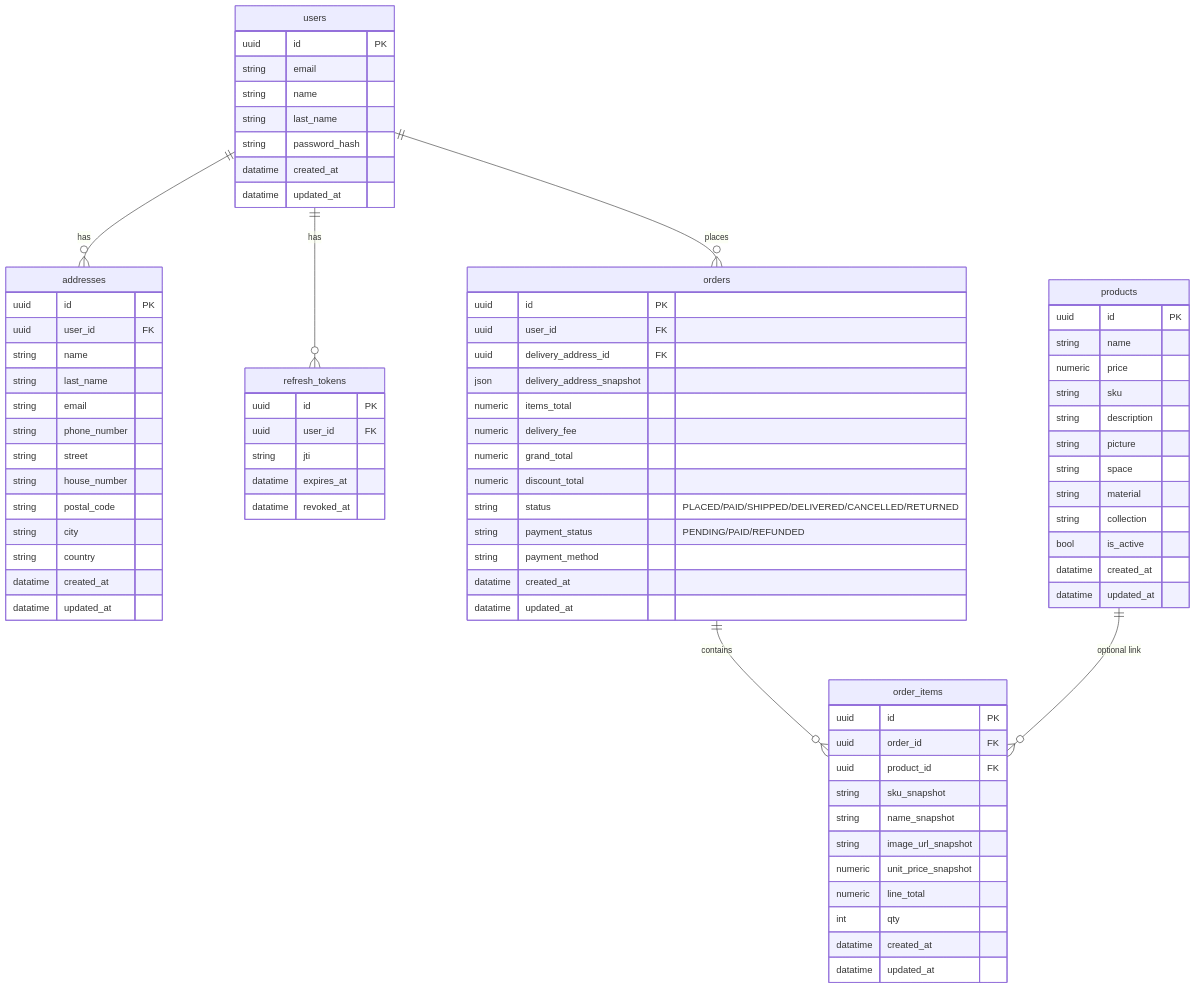
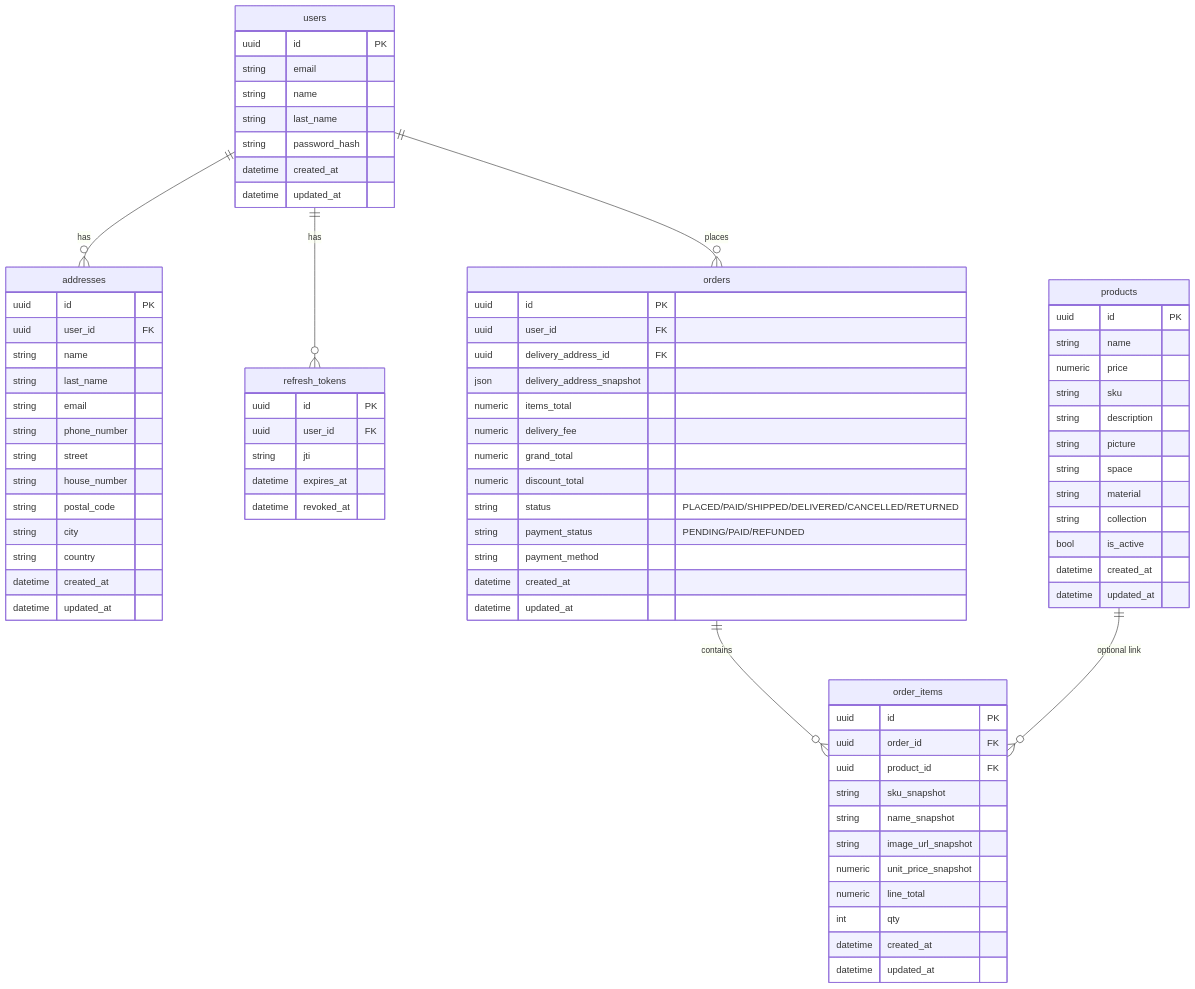
Before and after one commit to DominikSerwatka/Furniture-shop-backend: the diagram in docs/erd.mmd, drawn with Mermaid. The commit also changed 6 other files, not shown here.

```diff
--- a/docs/erd.mmd
+++ b/docs/erd.mmd
@@ -1,85 +1,85 @@
 erDiagram
   users ||--o{ addresses : has
   users ||--o{ refresh_tokens : has
   orders ||--o{ order_items : contains
   users ||--o{ orders : places
   products ||--o{ order_items : "optional link"
 
   users {
     uuid id PK
     string email
     string name
     string last_name
     string password_hash
-    datatime created_at
-    datatime updated_at
+    datetime created_at
+    datetime updated_at
   }
 
   addresses {
     uuid id PK
     uuid user_id FK
     string name
     string last_name
     string email
     string phone_number
     string street
     string house_number
     string postal_code
     string city
     string country
-    datatime created_at
-    datatime updated_at
+    datetime created_at
+    datetime updated_at
   }
 
   products {
     uuid id PK
     string name
     numeric price
     string sku
     string description
     string picture
     string space
     string material
     string collection
     bool is_active
-    datatime created_at
-    datatime updated_at
+    datetime created_at
+    datetime updated_at
   }
 
   refresh_tokens {
       uuid id PK
       uuid user_id FK
       string jti
-      datatime expires_at
-      datatime revoked_at
+      datetime expires_at
+      datetime revoked_at
   }
 
   orders {
       uuid id PK
       uuid user_id FK
       uuid delivery_address_id FK
       json delivery_address_snapshot
       numeric items_total
       numeric delivery_fee
       numeric grand_total
       numeric discount_total
       string status "PLACED/PAID/SHIPPED/DELIVERED/CANCELLED/RETURNED"
       string payment_status "PENDING/PAID/REFUNDED"
       string payment_method
-      datatime created_at
-      datatime updated_at
+      datetime created_at
+      datetime updated_at
   }
 
   order_items {
       uuid id PK
       uuid order_id FK
       uuid product_id FK
       string sku_snapshot
       string name_snapshot
       string image_url_snapshot
       numeric unit_price_snapshot
       numeric line_total
       int qty
-      datatime created_at
-      datatime updated_at
+      datetime created_at
+      datetime updated_at
   }
```
